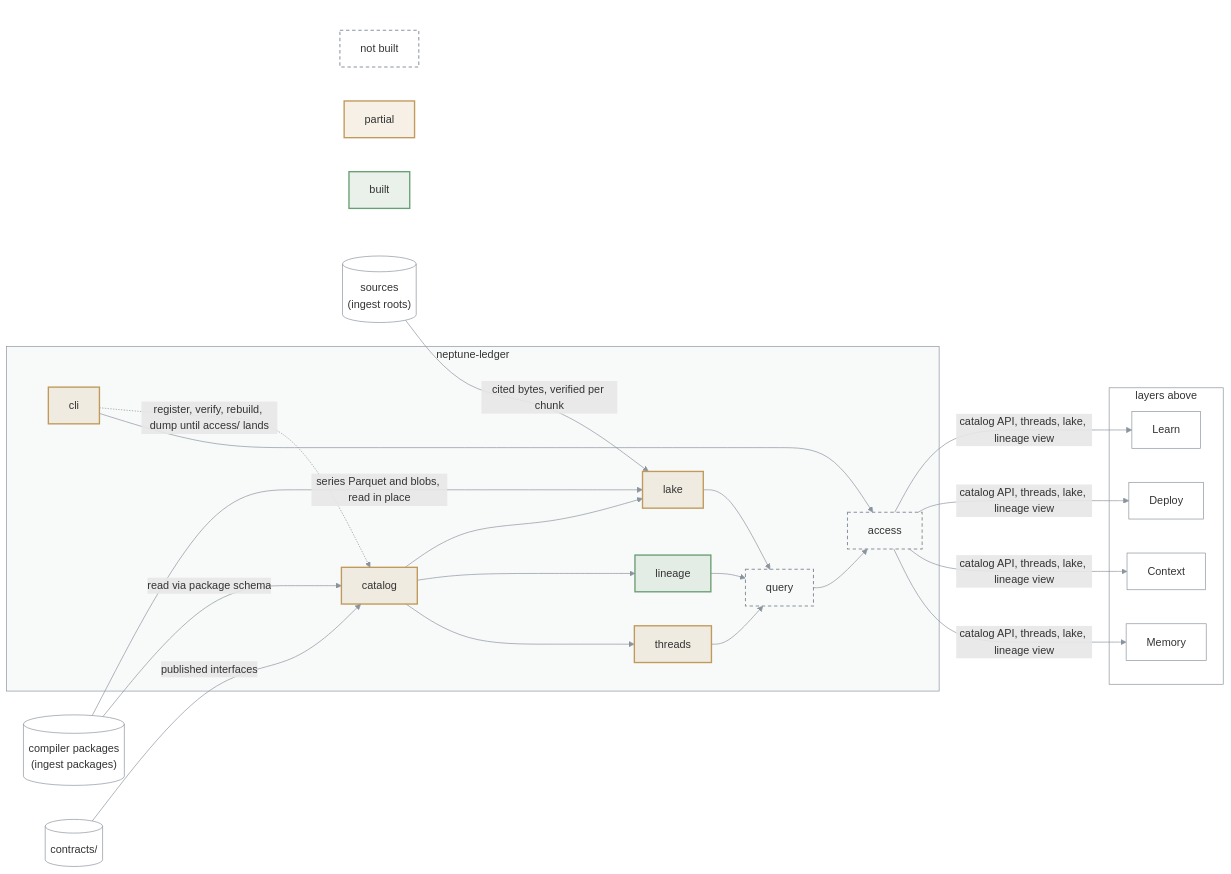
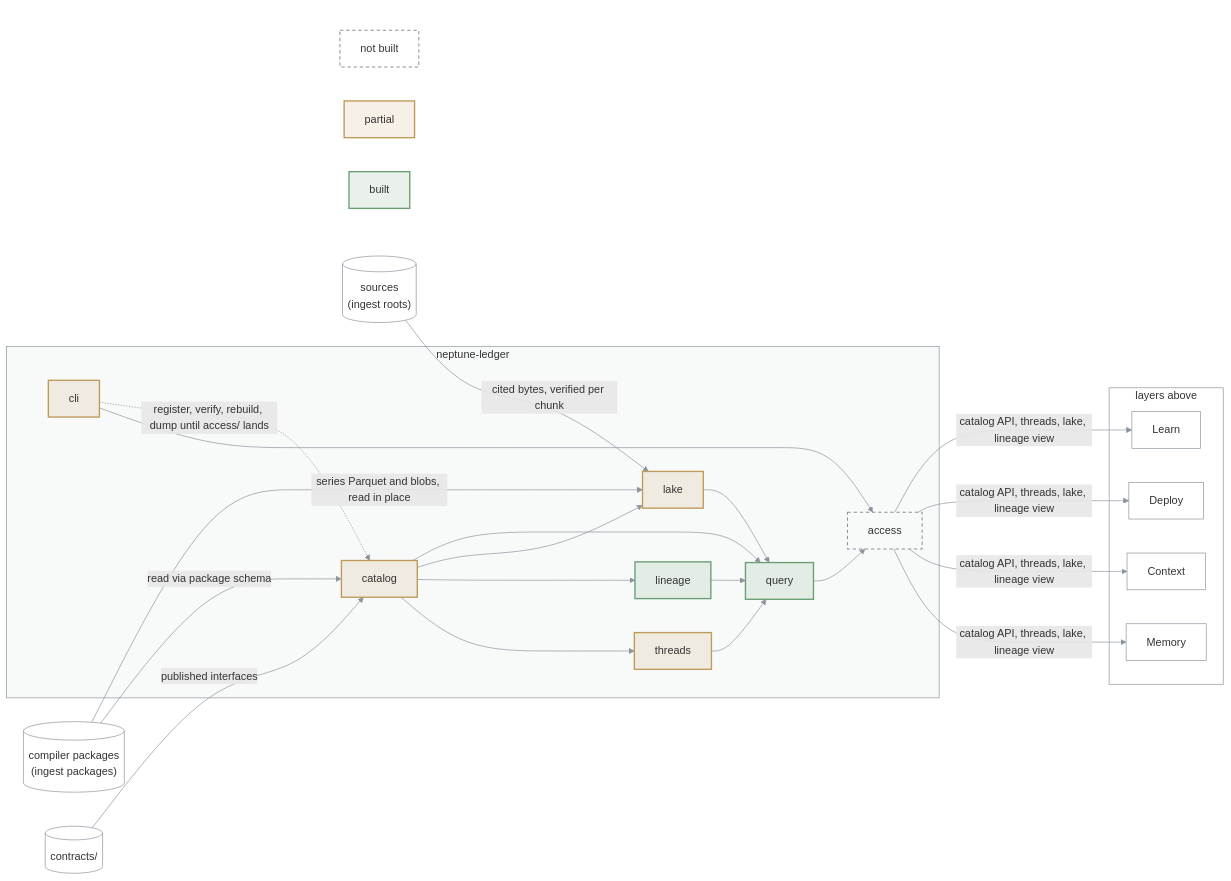
Before and after one commit to bennytay/neptune: the diagram in packages/neptune-ledger/ARCHITECTURE.md, drawn with Mermaid. The commit also changed 77 other files, not shown here.

````diff
--- a/packages/neptune-ledger/ARCHITECTURE.md
+++ b/packages/neptune-ledger/ARCHITECTURE.md
@@ -3,58 +3,59 @@
 ```mermaid
 flowchart LR
   PKG[("compiler packages<br/>(ingest packages)")]
   SRC[("sources<br/>(ingest roots)")]
   CON[("contracts/")]
 
   subgraph L["neptune-ledger"]
     CAT["catalog"]
     THR["threads"]
     LIN["lineage"]
     LAKE["lake"]
     QRY["query"]
     ACC["access"]
     CLI["cli"]
   end
 
   subgraph UP["layers above"]
     MEM["Memory"]
     CTX["Context"]
     DEP["Deploy"]
     LRN["Learn"]
   end
 
   PKG -->|read via package schema| CAT
   PKG -->|series Parquet and blobs, read in place| LAKE
   SRC -->|cited bytes, verified per chunk| LAKE
   CON -->|published interfaces| CAT
   CAT --> THR
   CAT --> LIN
   CAT --> LAKE
+  CAT --> QRY
   THR --> QRY
   LIN --> QRY
   LAKE --> QRY
   QRY --> ACC
   ACC -->|catalog API, threads, lake, lineage view| MEM & CTX & DEP & LRN
   CLI --> ACC
   CLI -.->|register, verify, rebuild, dump until access/ lands| CAT
 
   subgraph KEY[" "]
     K1["built"]
     K2["partial"]
     K3["not built"]
   end
   CLI ~~~ K1 & K2 & K3
 
   classDef built fill:#6a9f7426,stroke:#6a9f74,stroke-width:2px
   classDef partial fill:#c09a5b26,stroke:#c09a5b,stroke-width:2px
   classDef todo fill:none,stroke:#8b949e,stroke-width:1.5px,stroke-dasharray:5 4
   classDef ext fill:none,stroke:#8b949e,stroke-width:1px
-  class LIN,K1 built
+  class LIN,QRY,K1 built
   class CAT,THR,CLI,LAKE,K2 partial
-  class QRY,ACC,K3 todo
+  class ACC,K3 todo
   class PKG,SRC,CON,MEM,CTX,DEP,LRN ext
   style L fill:#8b949e0f,stroke:#8b949e
   style UP fill:none,stroke:#8b949e
   style KEY fill:none,stroke:none
   linkStyle default stroke:#8b949e
 ```
````
